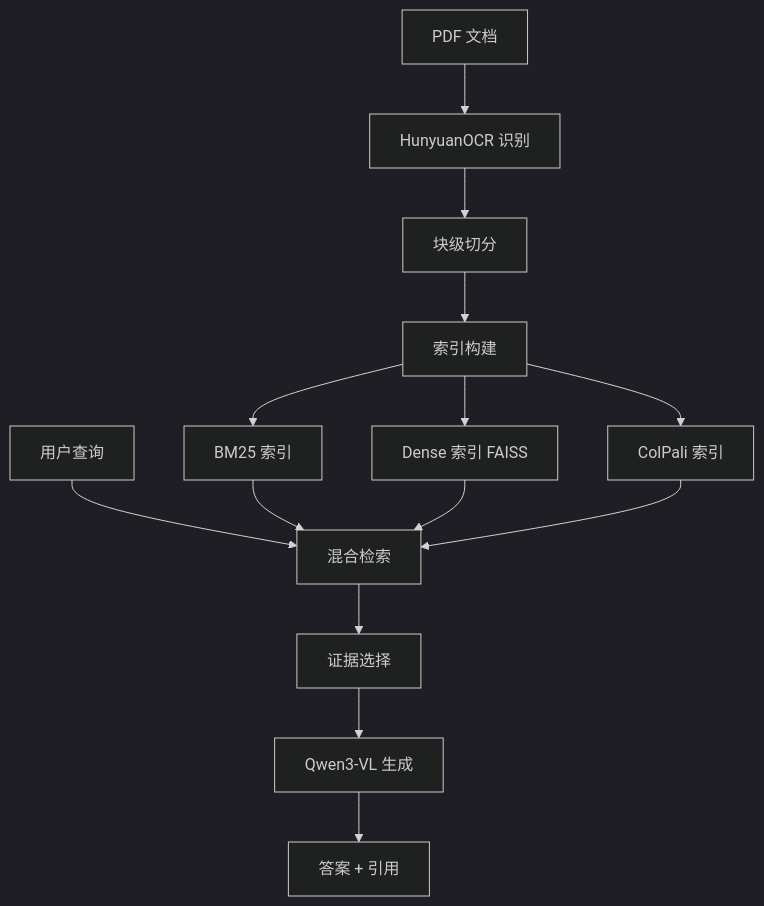
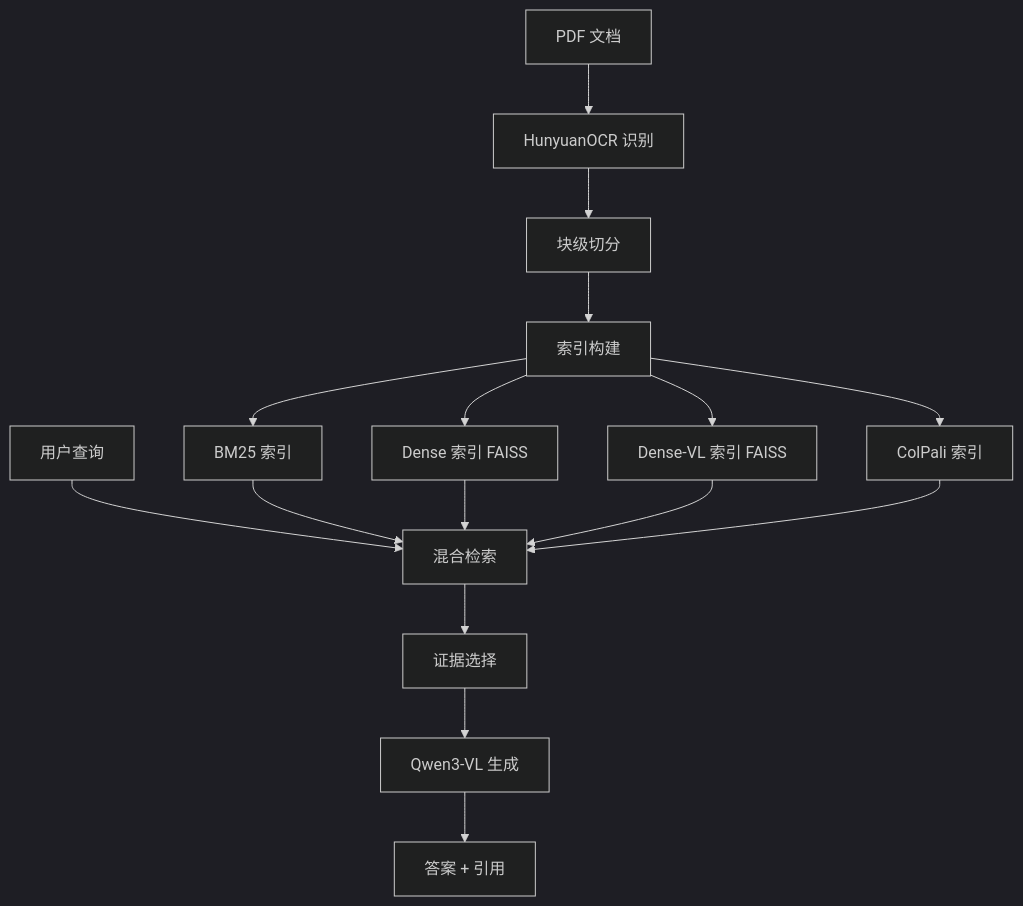
The diagram in README.md (576469377/doc-rag-evidence), drawn with Mermaid (dark theme) before and after one commit. The commit also changed other lines of this file, not shown here.

First line of the commit message:
docs: update README to V1.2 with Dense-VL features

````diff
--- a/README.md
+++ b/README.md
@@ -40,17 +41,19 @@
 ```mermaid
 graph TD
     A[PDF 文档] --> B[HunyuanOCR 识别]
     B --> C[块级切分]
     C --> D[索引构建]
     D --> E1[BM25 索引]
     D --> E2[Dense 索引 FAISS]
-    D --> E3[ColPali 索引]
+    D --> E3[Dense-VL 索引 FAISS]
+    D --> E4[ColPali 索引]
     
     F[用户查询] --> G[混合检索]
     E1 --> G
     E2 --> G
     E3 --> G
+    E4 --> G
     G --> H[证据选择]
     H --> I[Qwen3-VL 生成]
     I --> J[答案 + 引用]
 ```
````
